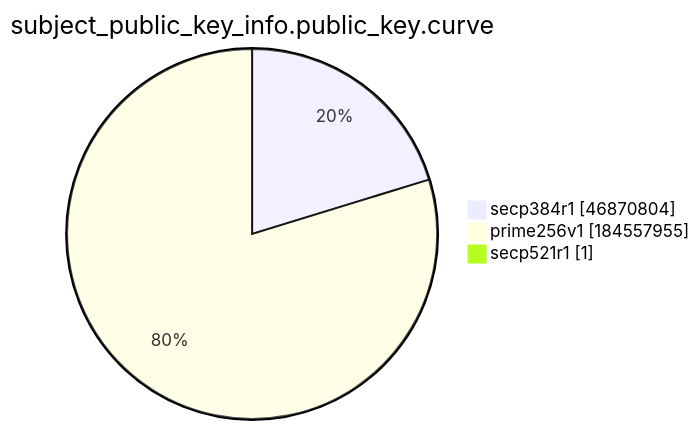
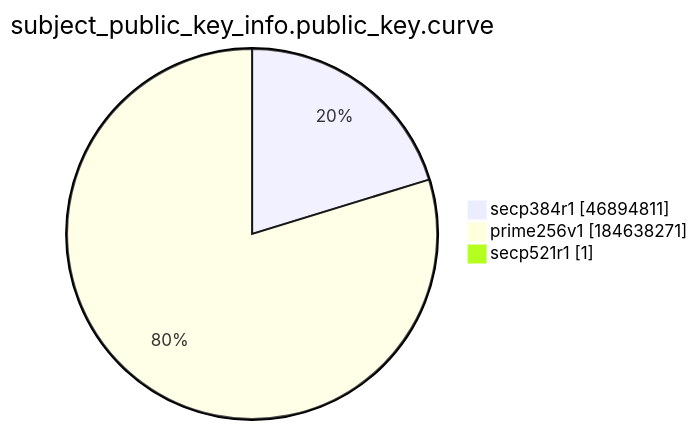
Before and after one commit to christiankrug/ctmonitor_visualization: the ninth of 15 diagrams in xenon2022/README.md, drawn with Mermaid. The commit also changed other lines of this file, not shown here.

````diff
--- a/xenon2022/README.md
+++ b/xenon2022/README.md
@@ -2874,7 +2874,7 @@
 ```mermaid
 pie showData
 title subject_public_key_info.public_key.curve
-"secp384r1" :46870804
-"prime256v1" :184557955
+"secp384r1" :46894811
+"prime256v1" :184638271
 "secp521r1" :1
 ```
````
